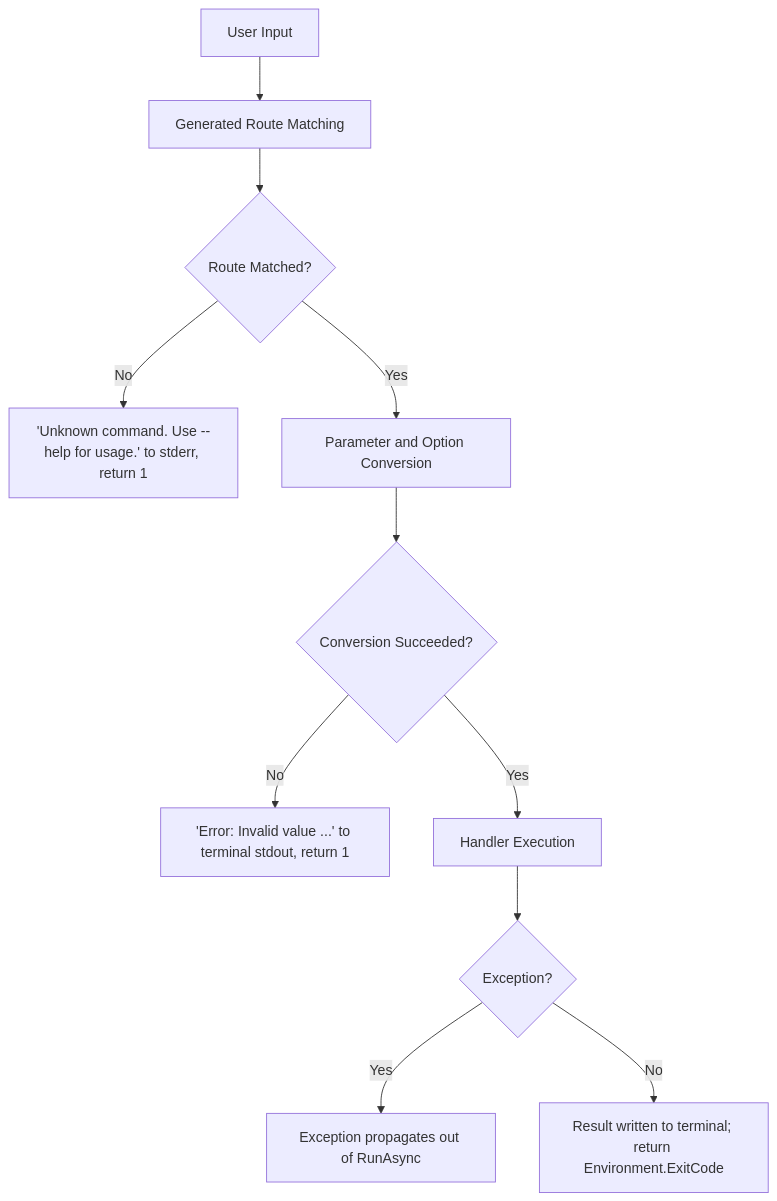
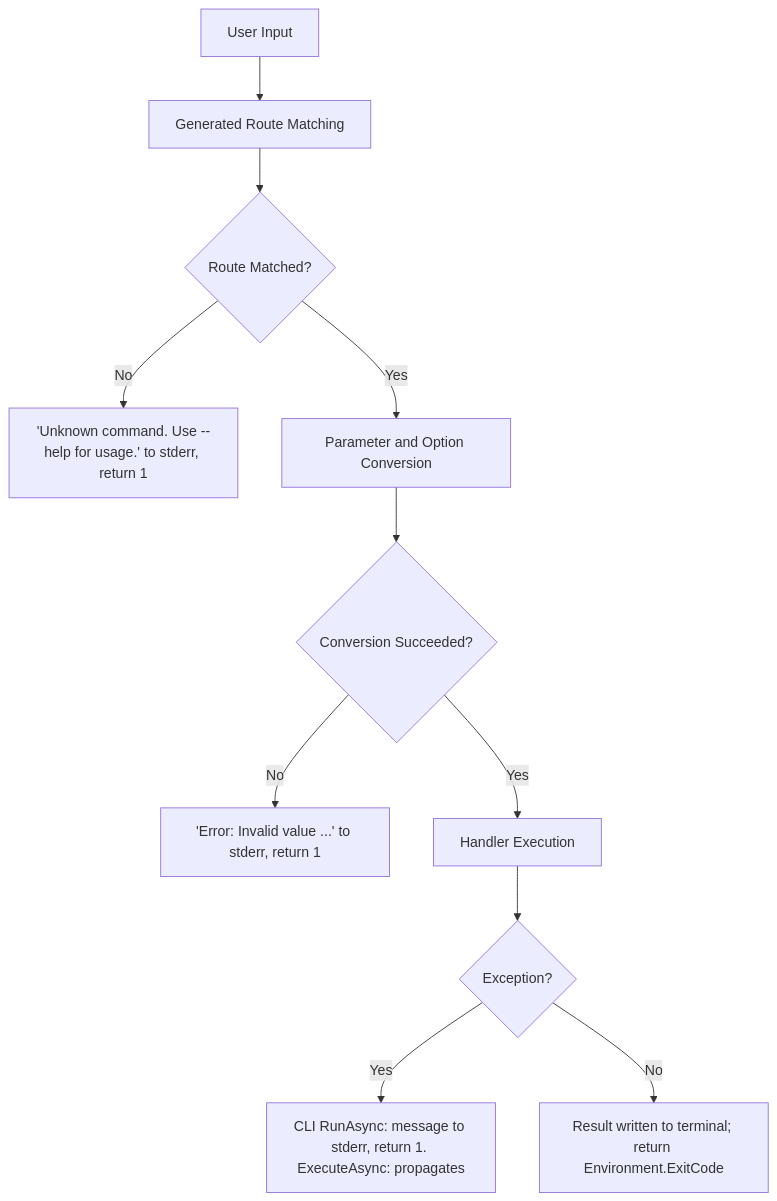
Before and after one commit to TimeWarpEngineering/timewarp-nuru: the diagram in documentation/developer/reference/error-handling.md, drawn with Mermaid. The commit also changed other lines of this file and 25 other files, not shown here.

First line of the commit message:
fix: end a CLI run on stderr, exit 1, and a cancelled token

````diff
--- a/documentation/developer/reference/error-handling.md
+++ b/documentation/developer/reference/error-handling.md
@@ -10,13 +10,13 @@
 ```mermaid
 graph TD
     A[User Input] --> B[Generated Route Matching]
     B --> C{Route Matched?}
     C -->|No| D["'Unknown command. Use --help for usage.' to stderr, return 1"]
     C -->|Yes| E[Parameter and Option Conversion]
     E --> F{Conversion Succeeded?}
-    F -->|No| G["'Error: Invalid value ...' to terminal stdout, return 1"]
+    F -->|No| G["'Error: Invalid value ...' to stderr, return 1"]
     F -->|Yes| H[Handler Execution]
     H --> I{Exception?}
-    I -->|Yes| J[Exception propagates out of RunAsync]
+    I -->|Yes| J["CLI RunAsync: message to stderr, return 1. ExecuteAsync: propagates"]
     I -->|No| K[Result written to terminal; return Environment.ExitCode]
 ```
````
